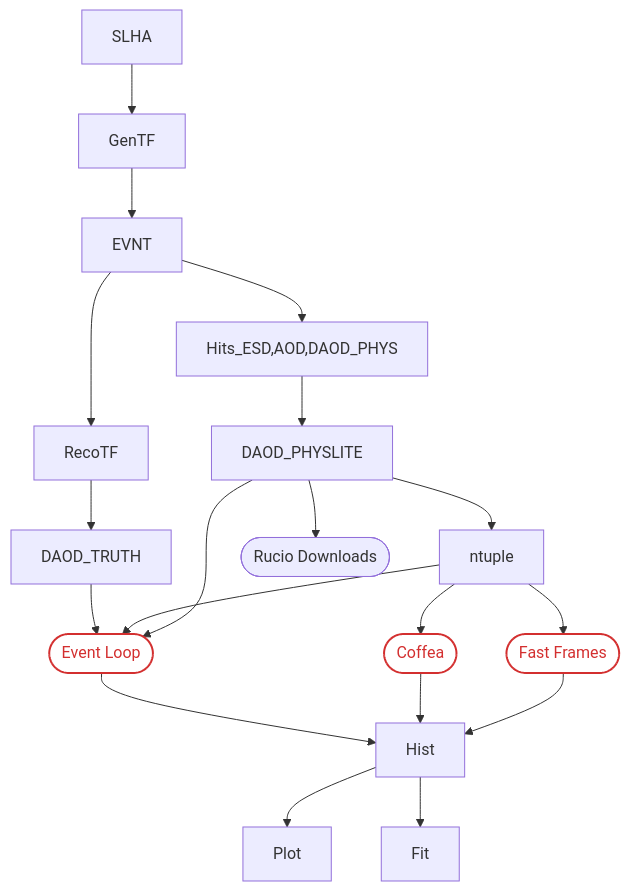
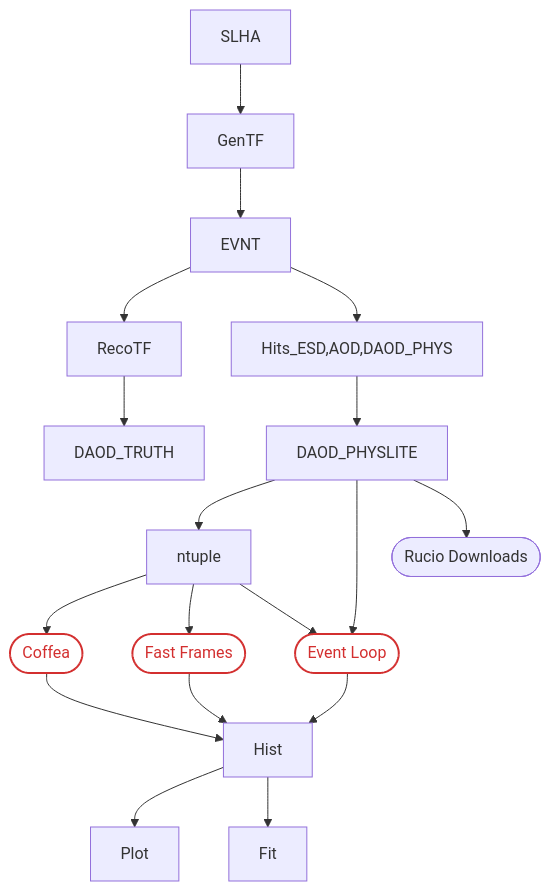
One commit to usatlas/AF-Benchmarking changed the diagram in docs/flowChart.md. Above: the diagram before and after it, drawn with Mermaid.

````diff
--- a/docs/flowChart.md
+++ b/docs/flowChart.md
@@ -1,39 +1,38 @@
 ```mermaid
 flowchart TD
     SLHA --> GenTF
     GenTF --> EVNT
     EVNT --> RecoTF
     RecoTF --> DAOD_TRUTH
-    DAOD_TRUTH --> Event_Loop
     Event_Loop --> Hist
 
     EVNT--> Hits_ESD,AOD,DAOD_PHYS
     Hits_ESD,AOD,DAOD_PHYS --> DAOD_PHYSLITE
 
     ntuple --> Coffea
     Coffea --> Hist
 
     ntuple --> Fast_Frames
     Fast_Frames --> Hist
 
     ntuple --> Event_Loop
     DAOD_PHYSLITE --> ntuple
     DAOD_PHYSLITE --> Event_Loop
     DAOD_PHYSLITE --> Rucio_Downloads
 
     Hist --> Plot
     Hist --> Fit
 
     click Event_Loop "https://github.com/usatlas/AF-Benchmarking/tree/main/event_loop" "Event Loop documentation"
     click Coffea "https://github.com/usatlas/AF-Benchmarking/tree/main/NTuple_Hist/coffea" "Coffea documentation"
     click Fast_Frames "https://github.com/usatlas/AF-Benchmarking/tree/main/NTuple_Hist/fastframes" "Fast Frames documentation"
     click Rucio_Downloads "https://github.com/usatlas/AF-Benchmarking/blob/main/Rucio/rucio_script.sh" "'Rucio Downloads' Script"
 
     Event_Loop(["Event Loop"])
     Coffea(["Coffea"])
     Fast_Frames(["Fast Frames"])
     Rucio_Downloads(["Rucio Downloads"])
     
     classDef method fill:transparent,stroke:#d32f2f,stroke-width:2px,color:#d32f2f;
     class Event_Loop,Coffea,Fast_Frames,Rucio_Dowloads method;
 ```
````
